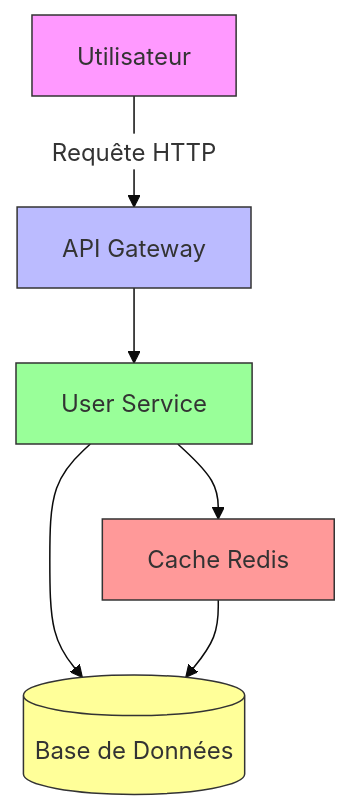
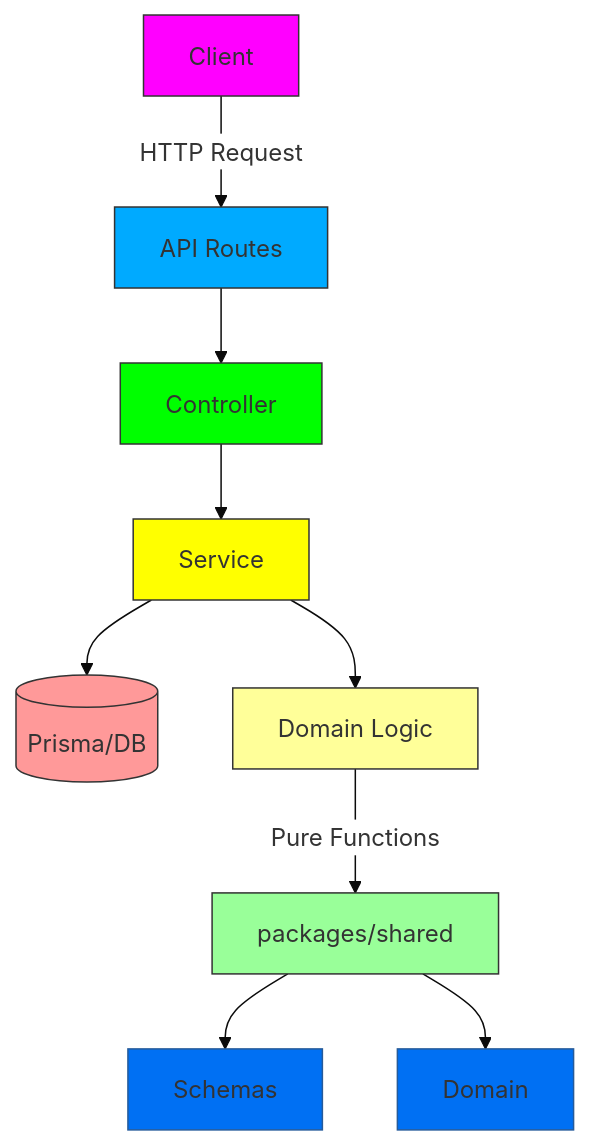
Before and after one commit to Anco91/mbongo: the diagram in skills/spec-driven-development/SPEC_TEMPLATE.md, drawn with Mermaid. The commit also changed other lines of this file and 54 other files, not shown here.

````diff
--- a/skills/spec-driven-development/SPEC_TEMPLATE.md
+++ b/skills/spec-driven-development/SPEC_TEMPLATE.md
@@ -131,15 +138,20 @@
 ```mermaid
-%%{init: {'theme': 'base', 'themeVariables': { 'primaryColor': '#ffdfd3', 'edgeLabelBackground':'#fff'}}}%%
+%%{init: {'theme': 'base', 'themeVariables': { 'primaryColor': '#0070f3', 'edgeLabelBackground':'#fff'}}}%%
 graph TD
-    A[Utilisateur] -->|Requête HTTP| B[API Gateway]
-    B --> C[User Service]
-    C --> D[(Base de Données)]
-    C --> E[Cache Redis]
-    E --> D
+    A[Client] -->|HTTP Request| B[API Routes]
+    B --> C[Controller]
+    C --> D[Service]
+    D --> E[(Prisma/DB)]
+    D --> F[Domain Logic]
+    F -->|Pure Functions| G[packages/shared]
+    G --> H[Schemas]
+    G --> I[Domain]
     
-    style A fill:#f9f,stroke:#333
-    style B fill:#bbf,stroke:#333
-    style C fill:#9f9,stroke:#333
-    style D fill:#ff9,stroke:#333
+    style A fill:#f0f,stroke:#333
+    style B fill:#0af,stroke:#333
+    style C fill:#0f0,stroke:#333
+    style D fill:#ff0,stroke:#333
     style E fill:#f99,stroke:#333
+    style F fill:#ff9,stroke:#333
+    style G fill:#9f9,stroke:#333
 ```
````
